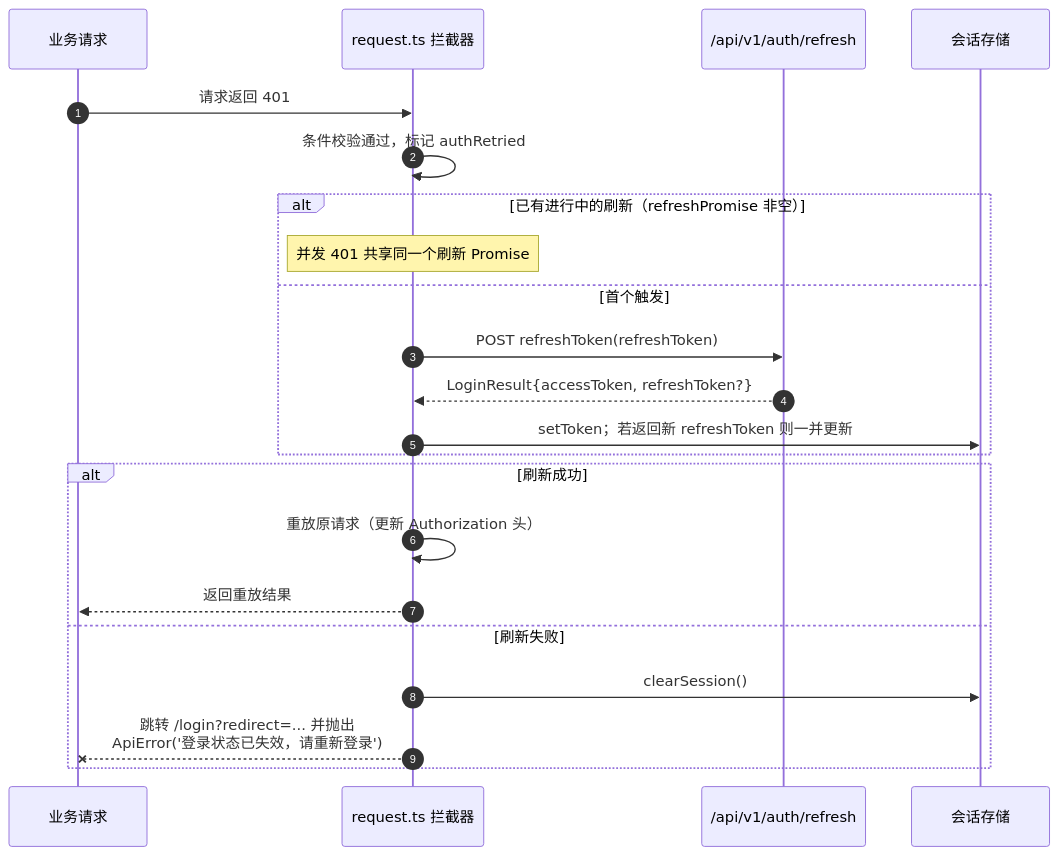
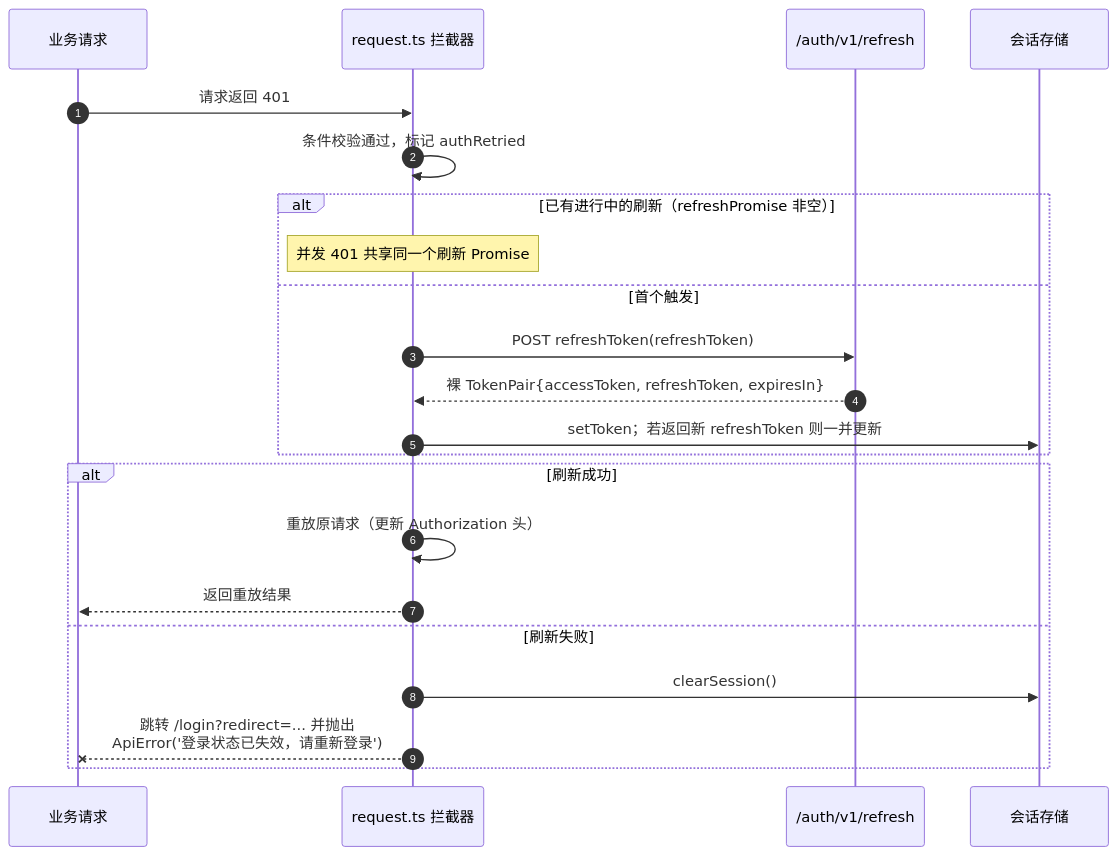
The third of 6 diagrams in docs/architecture/auth-and-routing.md (apex-cloud-service/apex-admin-web), drawn with Mermaid before and after one commit. The commit also changed other lines of this file and 22 other files, not shown here.

````diff
--- a/docs/architecture/auth-and-routing.md
+++ b/docs/architecture/auth-and-routing.md
@@ -102,25 +103,25 @@
 ```mermaid
 sequenceDiagram
     autonumber
     participant C as 业务请求
     participant R as request.ts 拦截器
-    participant B as /api/v1/auth/refresh
+    participant B as /auth/v1/refresh
     participant S as 会话存储
 
     C->>R: 请求返回 401
     R->>R: 条件校验通过，标记 authRetried
     alt 已有进行中的刷新（refreshPromise 非空）
         Note over R: 并发 401 共享同一个刷新 Promise
     else 首个触发
         R->>B: POST refreshToken(refreshToken)
-        B-->>R: LoginResult{accessToken, refreshToken?}
+        B-->>R: 裸 TokenPair{accessToken, refreshToken, expiresIn}
         R->>S: setToken；若返回新 refreshToken 则一并更新
     end
     alt 刷新成功
         R->>R: 重放原请求（更新 Authorization 头）
         R-->>C: 返回重放结果
     else 刷新失败
         R->>S: clearSession()
         R--xC: 跳转 /login?redirect=... 并抛出<br/>ApiError('登录状态已失效，请重新登录')
     end
 ```
````
